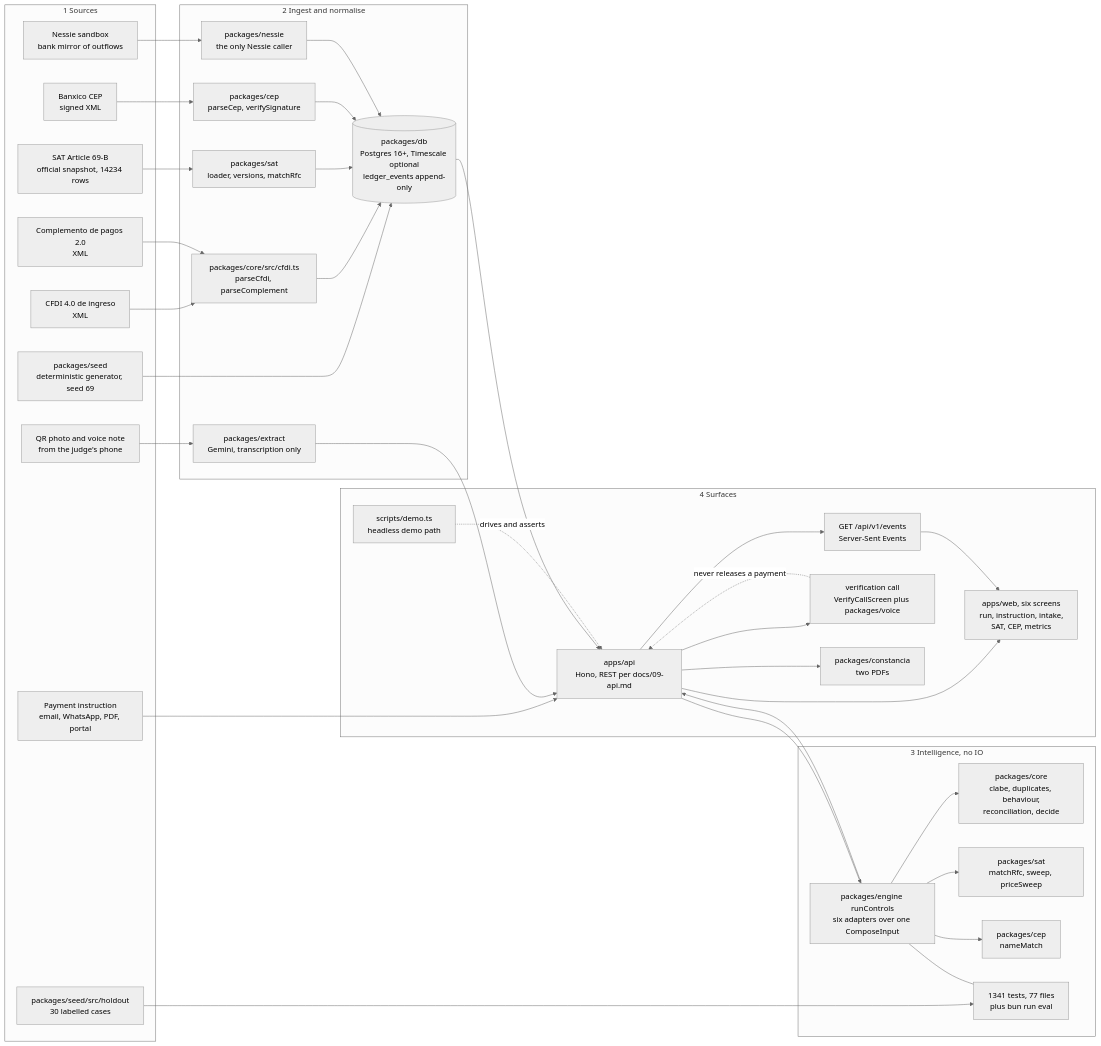
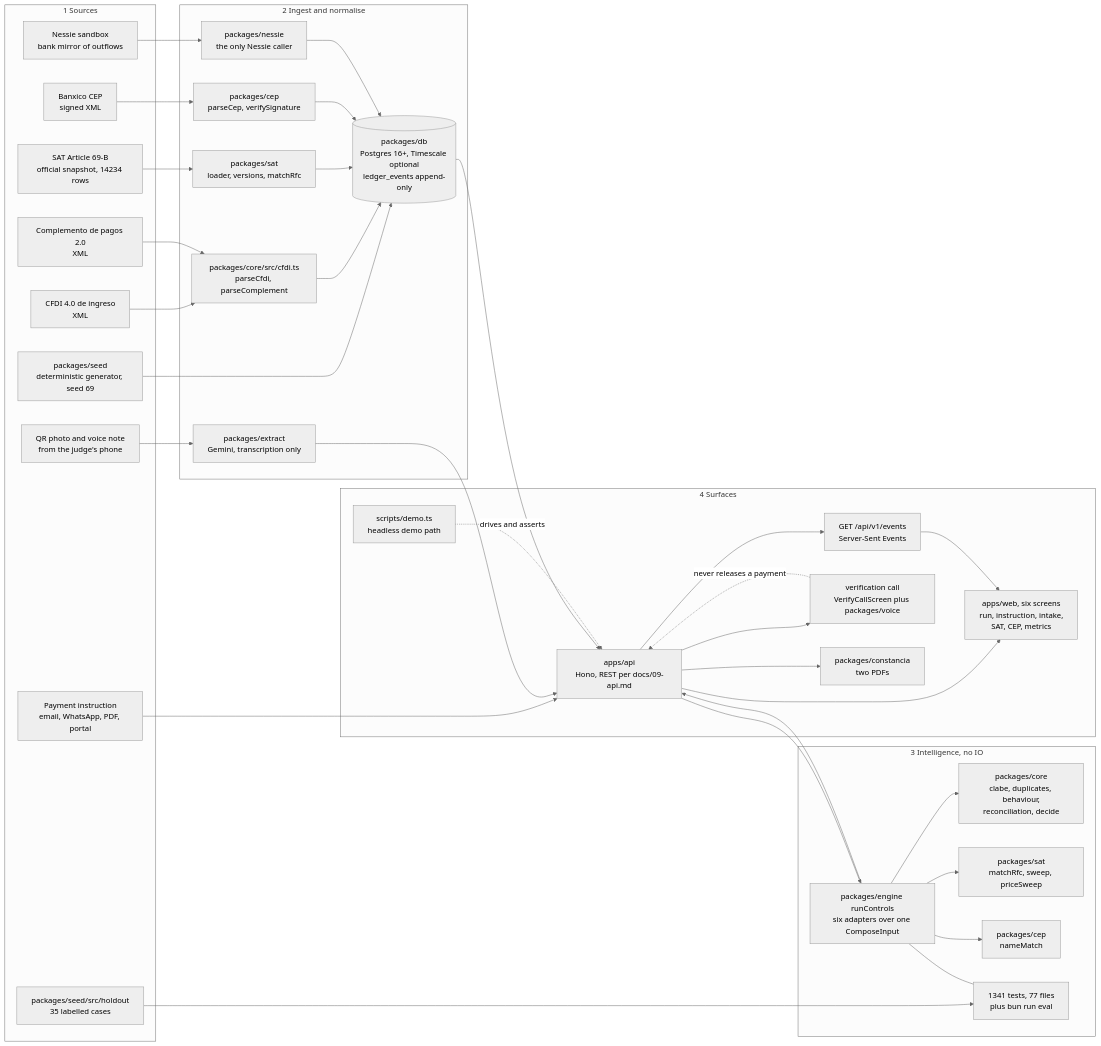
One commit to garzario/CapitalOneHackMTY changed the first of 4 diagrams in docs/07-architecture.md. Above: the diagram before and after it, drawn with Mermaid (neutral theme). The commit also changed 8 other files, not shown here.

````diff
--- a/docs/07-architecture.md
+++ b/docs/07-architecture.md
@@ -21,69 +21,69 @@
 ```mermaid
 flowchart LR
   subgraph S[1 Sources]
     X["CFDI 4.0 de ingreso<br/>XML"]
     Y["Complemento de pagos 2.0<br/>XML"]
     P["Payment instruction<br/>email, WhatsApp, PDF, portal"]
     Q["QR photo and voice note<br/>from the judge's phone"]
     L["SAT Article 69-B<br/>official snapshot, 14234 rows"]
     C["Banxico CEP<br/>signed XML"]
     N["Nessie sandbox<br/>bank mirror of outflows"]
     G["packages/seed<br/>deterministic generator, seed 69"]
-    H["packages/seed/src/holdout<br/>30 labelled cases"]
+    H["packages/seed/src/holdout<br/>35 labelled cases"]
   end
 
   subgraph I[2 Ingest and normalise]
     PA["packages/core/src/cfdi.ts<br/>parseCfdi, parseComplement"]
     EX["packages/extract<br/>Gemini, transcription only"]
     SA["packages/sat<br/>loader, versions, matchRfc"]
     CE["packages/cep<br/>parseCep, verifySignature"]
     NE["packages/nessie<br/>the only Nessie caller"]
     DB[("packages/db<br/>Postgres 16+, Timescale optional<br/>ledger_events append-only")]
   end
 
   subgraph E[3 Intelligence, no IO]
     K["packages/engine runControls<br/>six adapters over one ComposeInput"]
     KC["packages/core<br/>clabe, duplicates, behaviour,<br/>reconciliation, decide"]
     KS["packages/sat<br/>matchRfc, sweep, priceSweep"]
     KP["packages/cep<br/>nameMatch"]
     T["1341 tests, 77 files<br/>plus bun run eval"]
   end
 
   subgraph U[4 Surfaces]
     A["apps/api<br/>Hono, REST per docs/09-api.md"]
     SSE["GET /api/v1/events<br/>Server-Sent Events"]
     W["apps/web, six screens<br/>run, instruction, intake,<br/>SAT, CEP, metrics"]
     V["verification call<br/>VerifyCallScreen plus packages/voice"]
     R["packages/constancia<br/>two PDFs"]
     D["scripts/demo.ts<br/>headless demo path"]
   end
 
   X --> PA
   Y --> PA
   P --> A
   Q --> EX
   L --> SA
   C --> CE
   N --> NE
   G --> DB
   H --> T
   PA --> DB
   EX --> A
   SA --> DB
   CE --> DB
   NE --> DB
   DB --> A
   A --> K
   K --> KC
   K --> KS
   K --> KP
   K --> A
   K --- T
   A --> SSE
   A --> W
   SSE --> W
   A --> V
   A --> R
   D -. drives and asserts .-> A
   V -. never releases a payment .-> A
 ```
````
